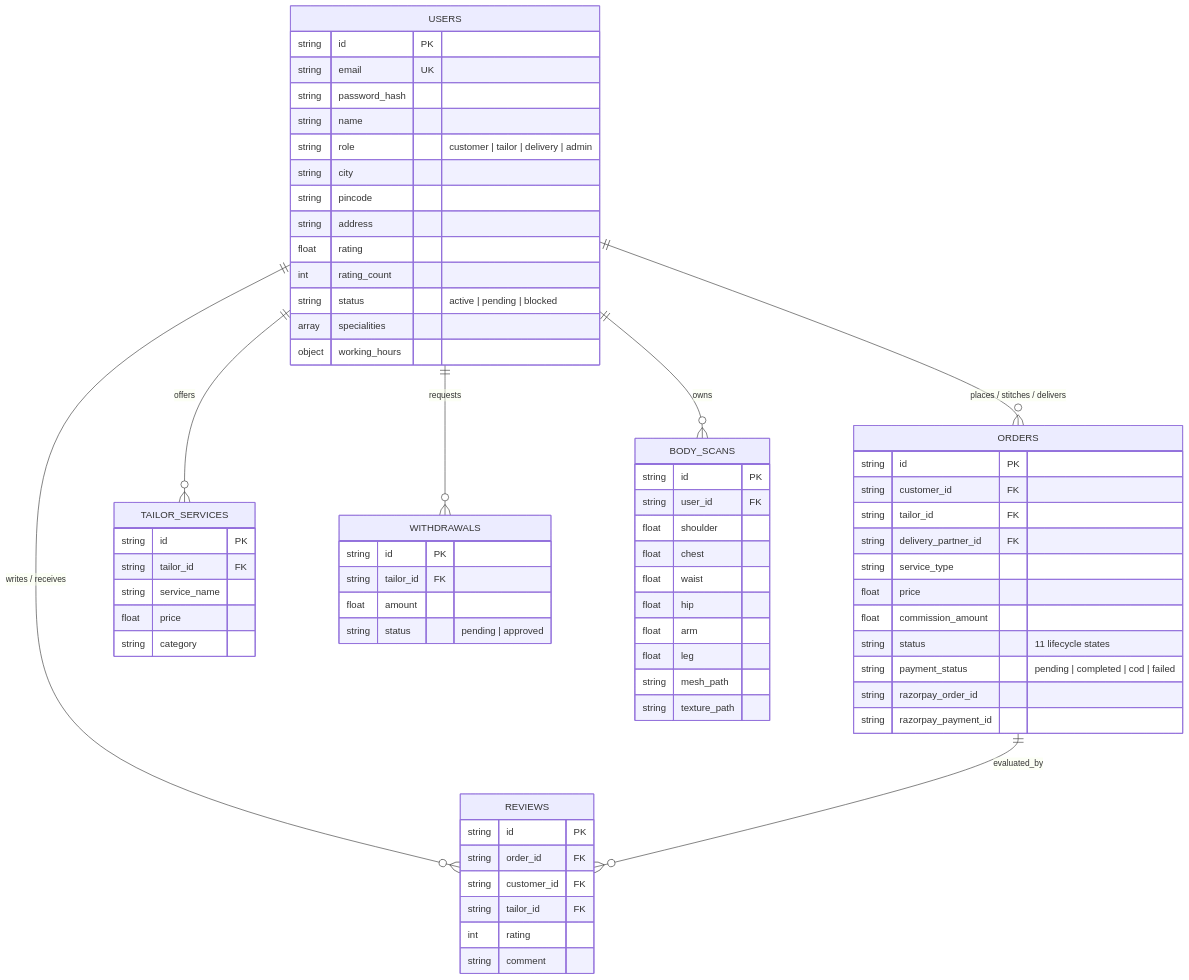
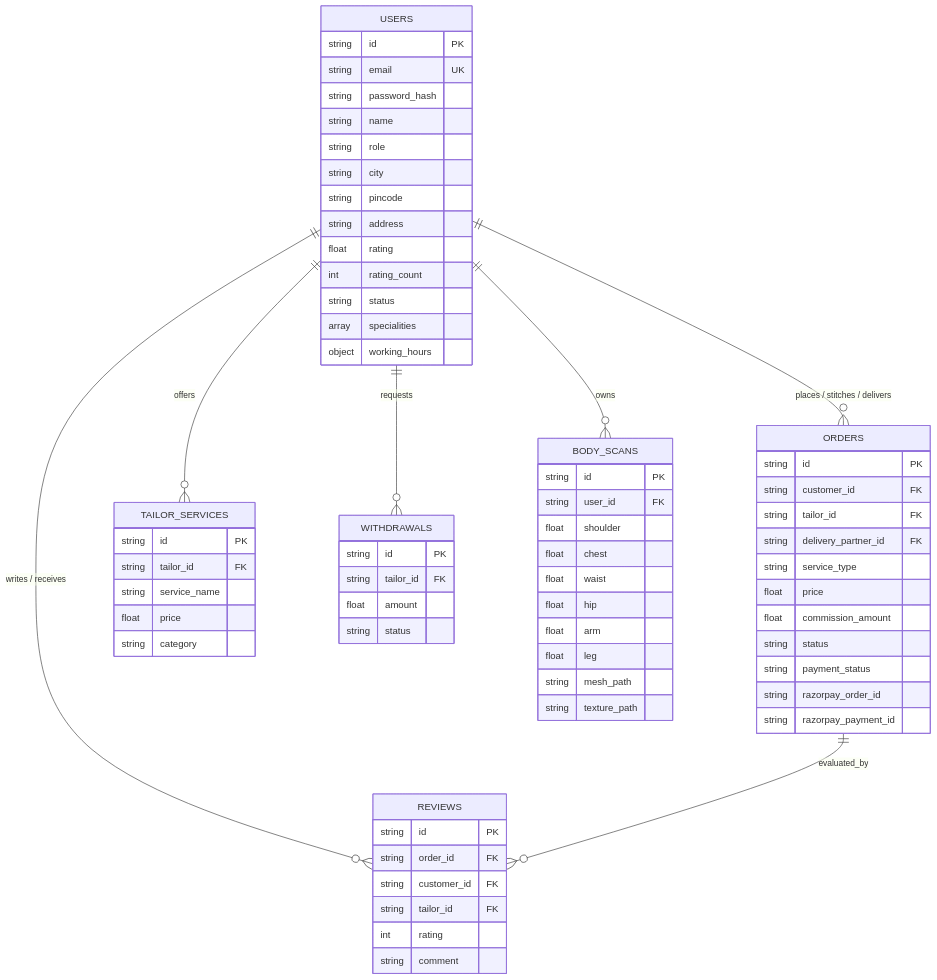
Before and after one commit to sachinpandey9142/Stitchly1: the third of 3 diagrams in README.md, drawn with Mermaid. The commit also changed other lines of this file and 2 other files, not shown here.

````diff
--- a/README.md
+++ b/README.md
@@ -488,76 +487,76 @@
 ```mermaid
 erDiagram
     USERS ||--o{ ORDERS : "places / stitches / delivers"
     USERS ||--o{ TAILOR_SERVICES : "offers"
     USERS ||--o{ REVIEWS : "writes / receives"
     USERS ||--o{ WITHDRAWALS : "requests"
     USERS ||--o{ BODY_SCANS : "owns"
     ORDERS ||--o{ REVIEWS : "evaluated_by"
 
     USERS {
         string id PK
         string email UK
         string password_hash
         string name
-        string role "customer | tailor | delivery | admin"
+        string role
         string city
         string pincode
         string address
         float rating
         int rating_count
-        string status "active | pending | blocked"
+        string status
         array specialities
         object working_hours
     }
 
     TAILOR_SERVICES {
         string id PK
         string tailor_id FK
         string service_name
         float price
         string category
     }
 
     ORDERS {
         string id PK
         string customer_id FK
         string tailor_id FK
         string delivery_partner_id FK
         string service_type
         float price
         float commission_amount
-        string status "11 lifecycle states"
-        string payment_status "pending | completed | cod | failed"
+        string status
+        string payment_status
         string razorpay_order_id
         string razorpay_payment_id
     }
 
     REVIEWS {
         string id PK
         string order_id FK
         string customer_id FK
         string tailor_id FK
         int rating
         string comment
     }
 
     WITHDRAWALS {
         string id PK
         string tailor_id FK
         float amount
-        string status "pending | approved"
+        string status
     }
 
     BODY_SCANS {
         string id PK
         string user_id FK
         float shoulder
         float chest
         float waist
         float hip
         float arm
         float leg
         string mesh_path
         string texture_path
     }
 ```
````
